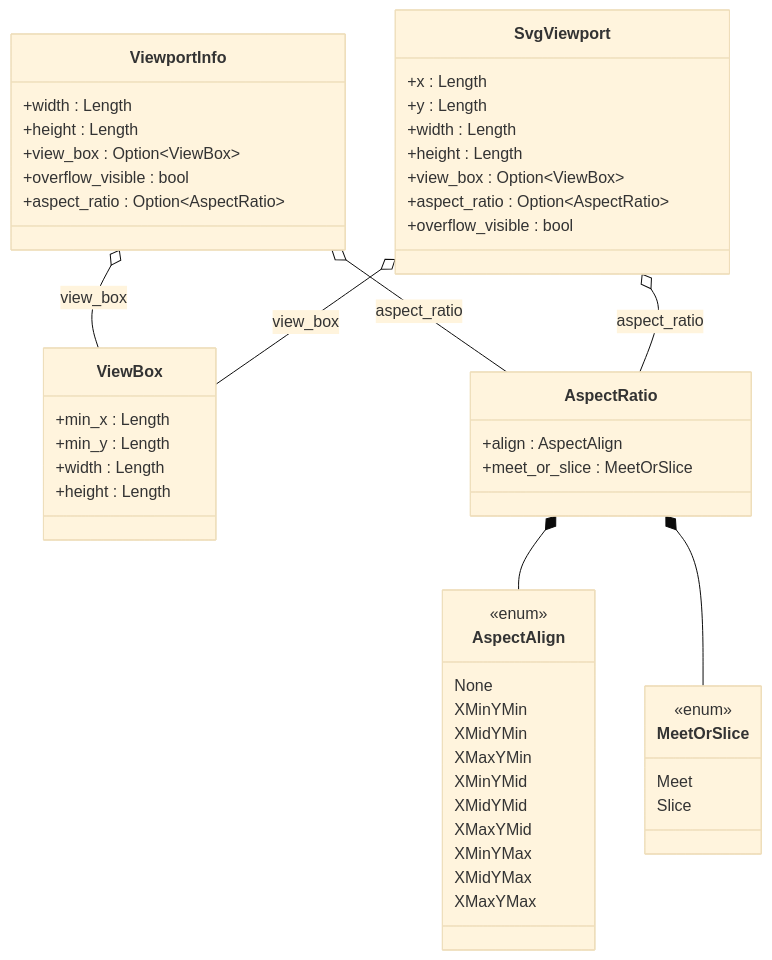
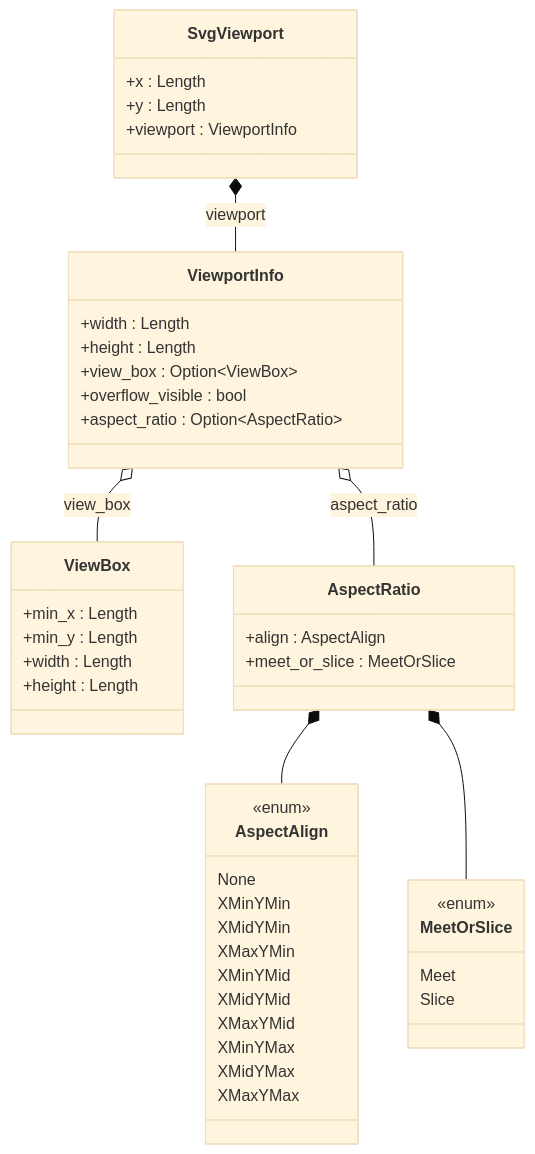
One commit to mu-mostafa98/servo changed diagram 13 of 17 in svg-engine-data-model.md. Above: the diagram before and after it, drawn with Mermaid (base theme). The commit also changed other lines of this file and 5 other files, not shown here.

````diff
--- a/svg-engine-data-model.md
+++ b/svg-engine-data-model.md
@@ -827,59 +827,54 @@
 ```mermaid
 classDiagram
     direction TB
 
     class ViewportInfo {
         +width : Length
         +height : Length
         +view_box : Option~ViewBox~
         +overflow_visible : bool
         +aspect_ratio : Option~AspectRatio~
     }
 
     class SvgViewport {
         +x : Length
         +y : Length
-        +width : Length
-        +height : Length
-        +view_box : Option~ViewBox~
-        +aspect_ratio : Option~AspectRatio~
-        +overflow_visible : bool
+        +viewport : ViewportInfo
     }
 
     class ViewBox {
         +min_x : Length
         +min_y : Length
         +width : Length
         +height : Length
     }
 
     class AspectRatio {
         +align : AspectAlign
         +meet_or_slice : MeetOrSlice
     }
     class AspectAlign {
         <<enum>>
         None
         XMinYMin
         XMidYMin
         XMaxYMin
         XMinYMid
         XMidYMid
         XMaxYMid
         XMinYMax
         XMidYMax
         XMaxYMax
     }
     class MeetOrSlice {
         <<enum>>
         Meet
         Slice
     }
 
     ViewportInfo o-- ViewBox : view_box
     ViewportInfo o-- AspectRatio : aspect_ratio
-    SvgViewport o-- ViewBox : view_box
-    SvgViewport o-- AspectRatio : aspect_ratio
+    SvgViewport *-- ViewportInfo : viewport
     AspectRatio *-- AspectAlign
     AspectRatio *-- MeetOrSlice
 ```
````
